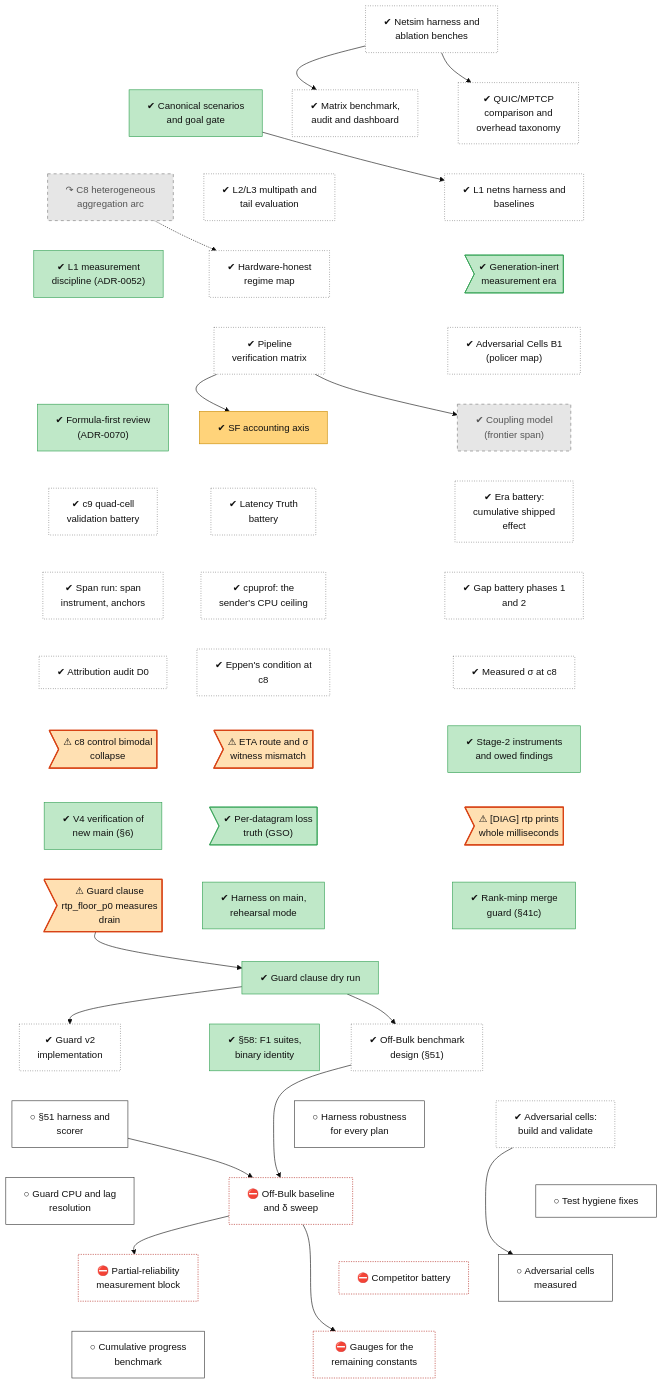
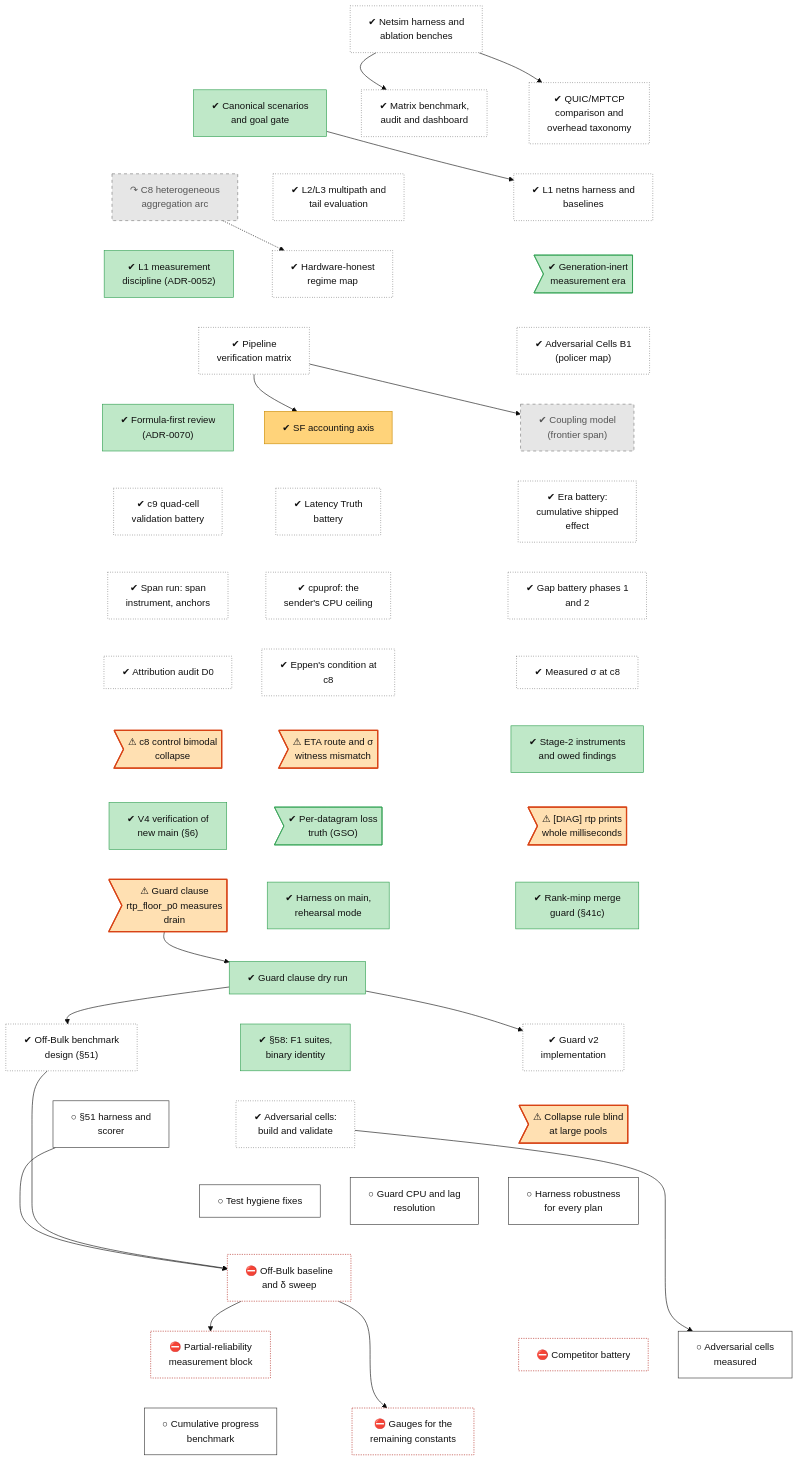
Before and after one commit to lhns/raptorpath: the diagram in docs/roadmap/tracks/meas.md, drawn with Mermaid (base theme). The commit also changed other lines of this file and 4 other files, not shown here.

First line of the commit message:
roadmap: §61a (done, bad), the 61a re-run (next) and the CR61 large-pool defect

````diff
--- a/docs/roadmap/tracks/meas.md
+++ b/docs/roadmap/tracks/meas.md
@@ -46,6 +46,7 @@
     meas_guard_v2_impl["✔ Guard v2<br/>implementation"]
     meas_s51_design["✔ Off-Bulk benchmark<br/>design (#167;51)"]
     meas_s58_session["✔ #167;58: F1 suites,<br/>binary identity"]
+    meas_defect_cr61_large_pool>"⚠ Collapse rule blind<br/>at large pools"]
     meas_s51_harness["○ #167;51 harness and<br/>scorer"]
     meas_adversarial_cells_build["✔ Adversarial cells:<br/>build and validate"]
     meas_harness_robustness["○ Harness robustness<br/>for every plan"]
@@ -96,14 +97,17 @@
     meas_guard_clause_dry ~~~ meas_guard_v2_impl
     meas_guard_clause_dry ~~~ meas_s51_design
     meas_guard_clause_dry ~~~ meas_s58_session
-    meas_guard_v2_impl ~~~ meas_s51_harness
-    meas_s51_design ~~~ meas_adversarial_cells_build
-    meas_s58_session ~~~ meas_harness_robustness
+    meas_guard_v2_impl ~~~ meas_defect_cr61_large_pool
+    meas_s51_design ~~~ meas_s51_harness
+    meas_s58_session ~~~ meas_adversarial_cells_build
+    meas_defect_cr61_large_pool ~~~ meas_harness_robustness
     meas_s51_harness ~~~ meas_guard_resolution
     meas_adversarial_cells_build ~~~ meas_test_hygiene
     meas_harness_robustness ~~~ meas_s51_session
-    meas_guard_resolution ~~~ meas_s51b_rho
-    meas_test_hygiene ~~~ meas_adversarial_cells_run
+    meas_guard_resolution ~~~ meas_s51_session
+    meas_test_hygiene ~~~ meas_s51_session
+    meas_s51_session ~~~ meas_s51b_rho
+    meas_s51_session ~~~ meas_adversarial_cells_run
     meas_s51_session ~~~ meas_competitor_battery
     meas_s51b_rho ~~~ meas_progress_baseline
     meas_adversarial_cells_run ~~~ meas_fix_gauges_p3
@@ -139,7 +143,7 @@
     class meas_adr51_scenarios,meas_gen_inert_era,meas_adr52_discipline,meas_formula_first,meas_wire_v8,meas_gso_truth,meas_v4_verification,meas_guard_41c,meas_harness_consolidation,meas_guard_clause_dry,meas_s58_session succ
     class meas_c8_aggregation_arc,meas_coupling_model dead
     class meas_sf_accounting mixed
-    class meas_defect_eta_witness,meas_defect_c8_bimodal,meas_defect_diag_rtp_ms,meas_defect_rtp_floor defect
+    class meas_defect_eta_witness,meas_defect_c8_bimodal,meas_defect_diag_rtp_ms,meas_defect_rtp_floor,meas_defect_cr61_large_pool defect
     class meas_s51_harness,meas_harness_robustness,meas_guard_resolution,meas_test_hygiene,meas_adversarial_cells_run,meas_progress_baseline next
     class meas_s51_session,meas_s51b_rho,meas_competitor_battery,meas_fix_gauges_p3 blocked
 ```
````
